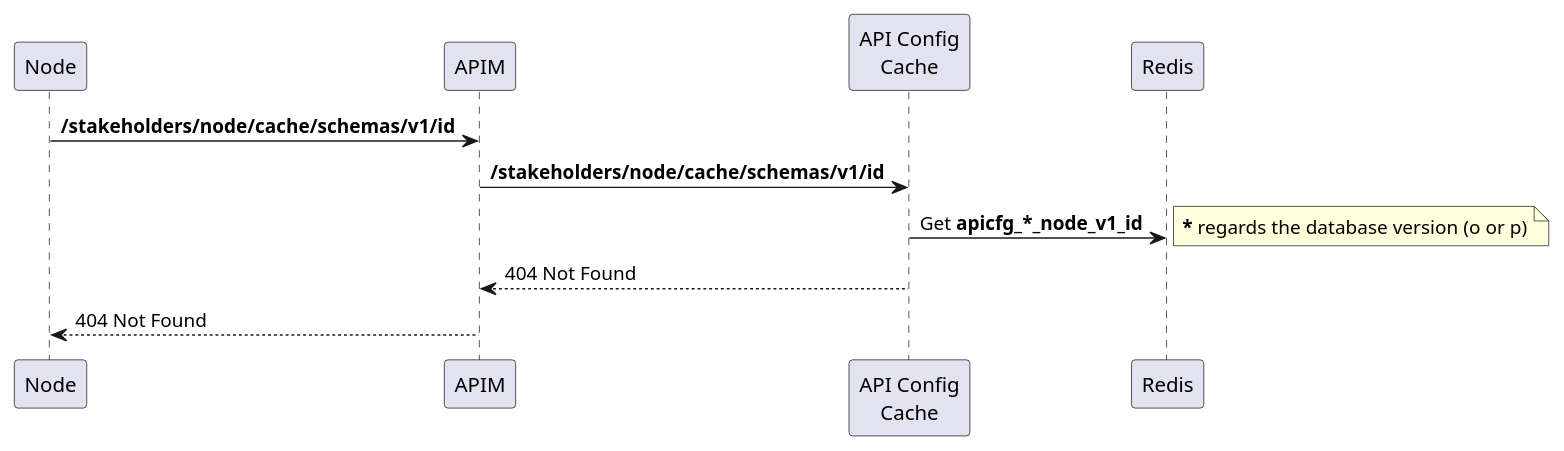
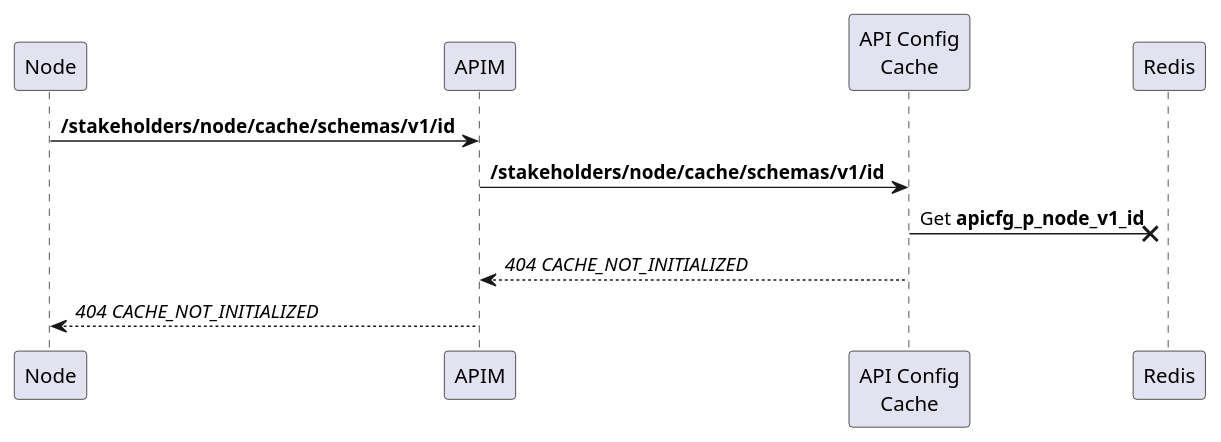
The diagram in docs/node/scenario_04.puml (pagopa/pagopa-api-config-cache), drawn with PlantUML before and after one commit. The commit also changed other lines of this file and 9 other files, not shown here.

```diff
--- a/docs/node/scenario_04.puml
+++ b/docs/node/scenario_04.puml
@@ -5,10 +5,11 @@
 @startuml
+participant Node
+participant APIM
+participant "API Config\nCache" as Cache
+
 Node -> APIM: <b>/stakeholders/node/cache/schemas/v1/id</b>
-APIM -> "API Config\nCache": <b>/stakeholders/node/cache/schemas/v1/id</b>
-"API Config\nCache" -> Redis: Get <b>apicfg_*_node_v1_id
-note right
-  <b>*</b> regards the database version (o or p)
-end note
-"API Config\nCache" --> APIM: 404 Not Found
-APIM --> Node: 404 Not Found
+APIM -> Cache: <b>/stakeholders/node/cache/schemas/v1/id</b>
+Cache -x Redis: Get <b>apicfg_p_node_v1_id</b>
+Cache --> APIM: <i>404 CACHE_NOT_INITIALIZED</i>
+APIM --> Node: <i>404 CACHE_NOT_INITIALIZED</i>
 @enduml
```
